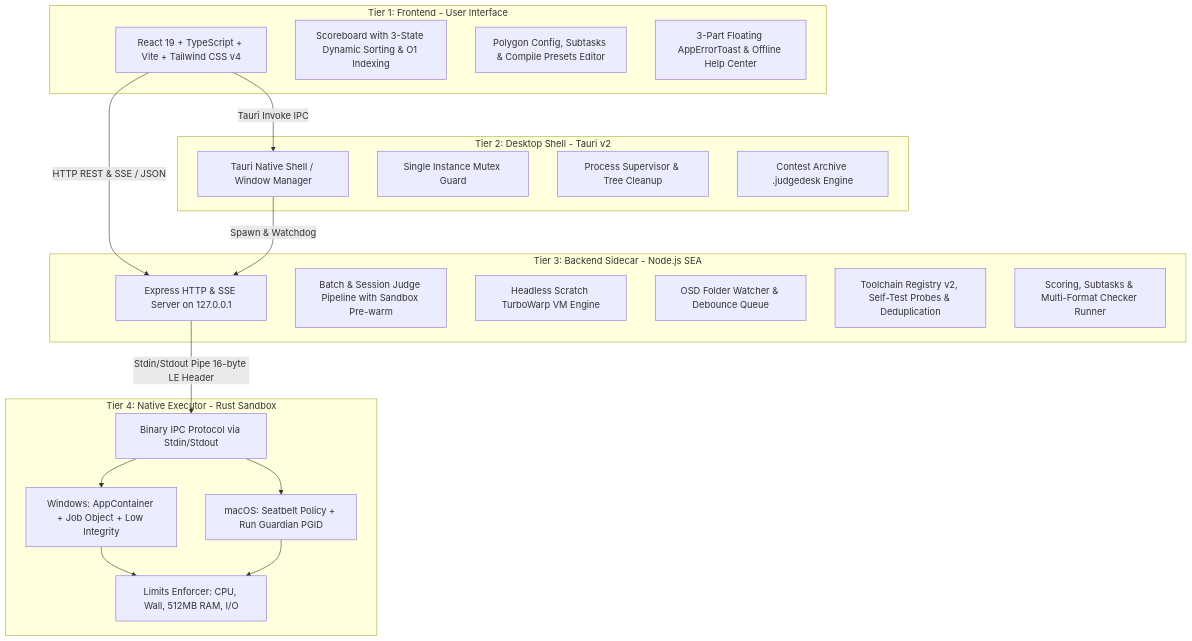
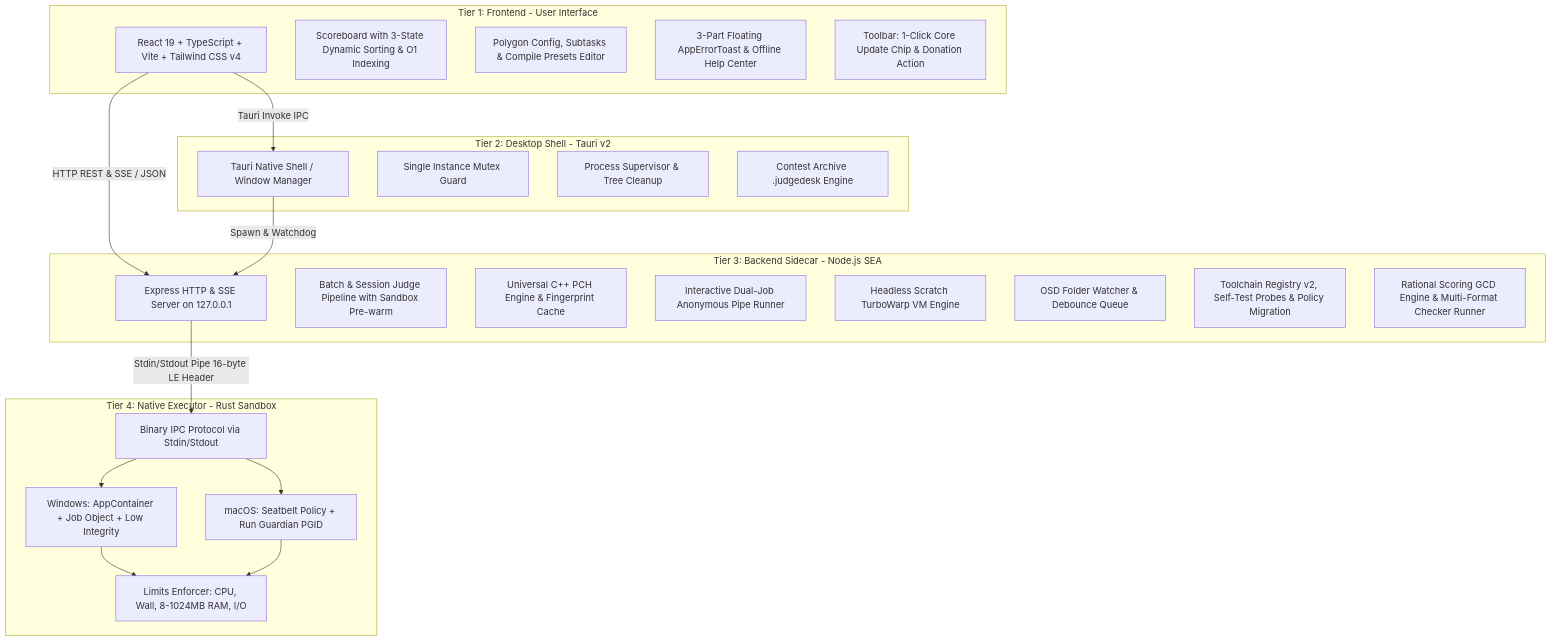
The diagram in docs/TRD.md (ducminh25/judgedesk-source), drawn with Mermaid before and after one commit. The commit also changed other lines of this file and 11 other files, not shown here.

````diff
--- a/docs/TRD.md
+++ b/docs/TRD.md
@@ -14,41 +14,44 @@
 ```mermaid
 graph TD
     subgraph Tier1 [Tier 1: Frontend - User Interface]
         UI[React 19 + TypeScript + Vite + Tailwind CSS v4]
         ScoreboardUI[Scoreboard with 3-State Dynamic Sorting & O1 Indexing]
         ProblemModal[Polygon Config, Subtasks & Compile Presets Editor]
         ToastUI[3-Part Floating AppErrorToast & Offline Help Center]
+        ToolbarCtrl[Toolbar: 1-Click Core Update Chip & Donation Action]
     end
 
     subgraph Tier2 [Tier 2: Desktop Shell - Tauri v2]
         TauriCore[Tauri Native Shell / Window Manager]
         SingleInstance[Single Instance Mutex Guard]
         ProcessSupervisor[Process Supervisor & Tree Cleanup]
         ZipPackager[Contest Archive .judgedesk Engine]
     end
 
     subgraph Tier3 [Tier 3: Backend Sidecar - Node.js SEA]
         ExpressCore[Express HTTP & SSE Server on 127.0.0.1]
         JudgeEngine[Batch & Session Judge Pipeline with Sandbox Pre-warm]
+        UniversalPch[Universal C++ PCH Engine & Fingerprint Cache]
+        InteractiveRunner[Interactive Dual-Job Anonymous Pipe Runner]
         ScratchRunner[Headless Scratch TurboWarp VM Engine]
         OSDWatcher[OSD Folder Watcher & Debounce Queue]
-        ToolchainRegistry[Toolchain Registry v2, Self-Test Probes & Deduplication]
-        ScoreEngine[Scoring, Subtasks & Multi-Format Checker Runner]
+        ToolchainRegistry[Toolchain Registry v2, Self-Test Probes & Policy Migration]
+        ScoreEngine[Rational Scoring GCD Engine & Multi-Format Checker Runner]
     end
 
     subgraph Tier4 [Tier 4: Native Executor - Rust Sandbox]
         IPCServer[Binary IPC Protocol via Stdin/Stdout]
         WinSandbox[Windows: AppContainer + Job Object + Low Integrity]
         MacSandbox[macOS: Seatbelt Policy + Run Guardian PGID]
-        ResourceLimits[Limits Enforcer: CPU, Wall, 512MB RAM, I/O]
+        ResourceLimits[Limits Enforcer: CPU, Wall, 8-1024MB RAM, I/O]
     end
 
     UI -->|HTTP REST & SSE / JSON| ExpressCore
     UI -->|Tauri Invoke IPC| TauriCore
     TauriCore -->|Spawn & Watchdog| ExpressCore
     ExpressCore -->|Stdin/Stdout Pipe 16-byte LE Header| IPCServer
     IPCServer --> WinSandbox
     IPCServer --> MacSandbox
     WinSandbox --> ResourceLimits
     MacSandbox --> ResourceLimits
 ```
````
